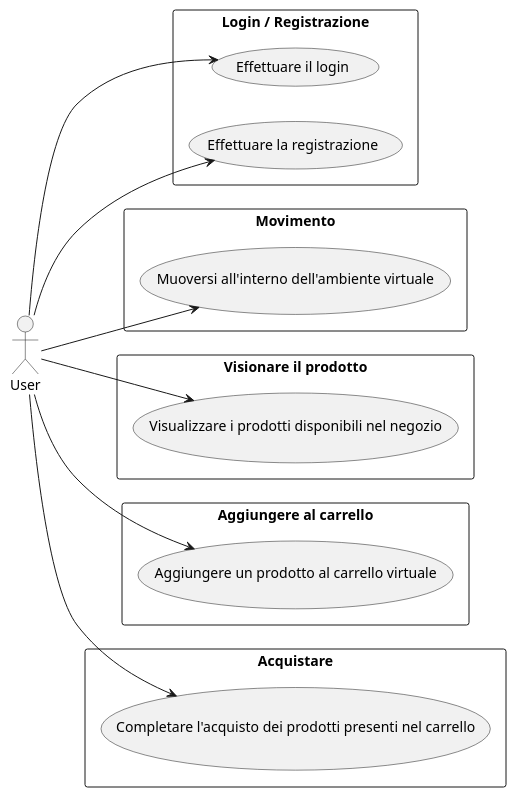
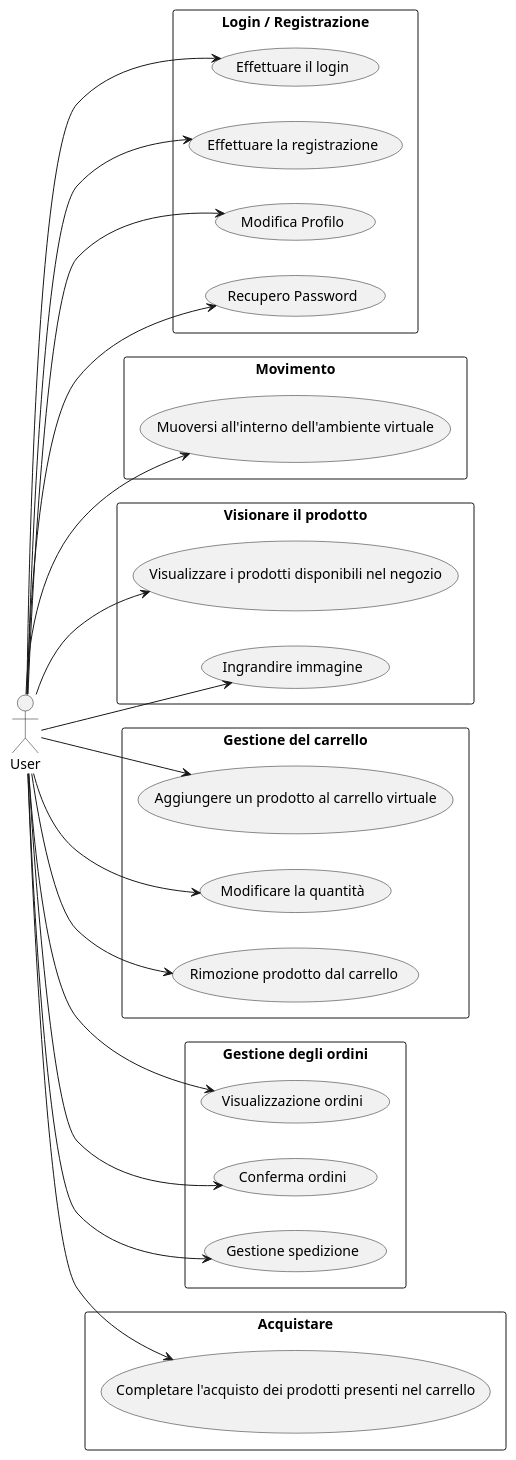
The diagram in Fase_3/Temp/useCase.puml (MirkoMolteni/GestioneProgetti), drawn with PlantUML before and after one commit.

Commit message:
Update useCase.puml
modifica useCase

```diff
--- a/Fase_3/Temp/useCase.puml
+++ b/Fase_3/Temp/useCase.puml
@@ -1,27 +1,39 @@
 @startuml useCase
 left to right direction
 
 actor User as U
 
 rectangle "Login / Registrazione" {
-U --> (Effettuare il login)
-U --> (Effettuare la registrazione)
+    U --> (Effettuare il login)
+    U --> (Effettuare la registrazione)
+    U --> (Modifica Profilo)
+    U --> (Recupero Password)
 }
 
 rectangle "Movimento" {
-U --> (Muoversi all'interno dell'ambiente virtuale)
+    U --> (Muoversi all'interno dell'ambiente virtuale)
 }
 
 rectangle "Visionare il prodotto" {
-U --> (Visualizzare i prodotti disponibili nel negozio)
+    U --> (Visualizzare i prodotti disponibili nel negozio)
+    U --> (Ingrandire immagine)
+
 }
 
-rectangle "Aggiungere al carrello" {
-U --> (Aggiungere un prodotto al carrello virtuale)
+rectangle "Gestione del carrello" {
+    U --> (Aggiungere un prodotto al carrello virtuale)
+    U --> (Modificare la quantità)
+    U --> (Rimozione prodotto dal carrello)
+
+
 }
-
+rectangle "Gestione degli ordini" {
+    U --> (Visualizzazione ordini)
+    U --> (Conferma ordini)
+    U --> (Gestione spedizione)
+}
 rectangle "Acquistare" {
-U --> (Completare l'acquisto dei prodotti presenti nel carrello)
+    U --> (Completare l'acquisto dei prodotti presenti nel carrello)
 }
 
 @enduml
```
